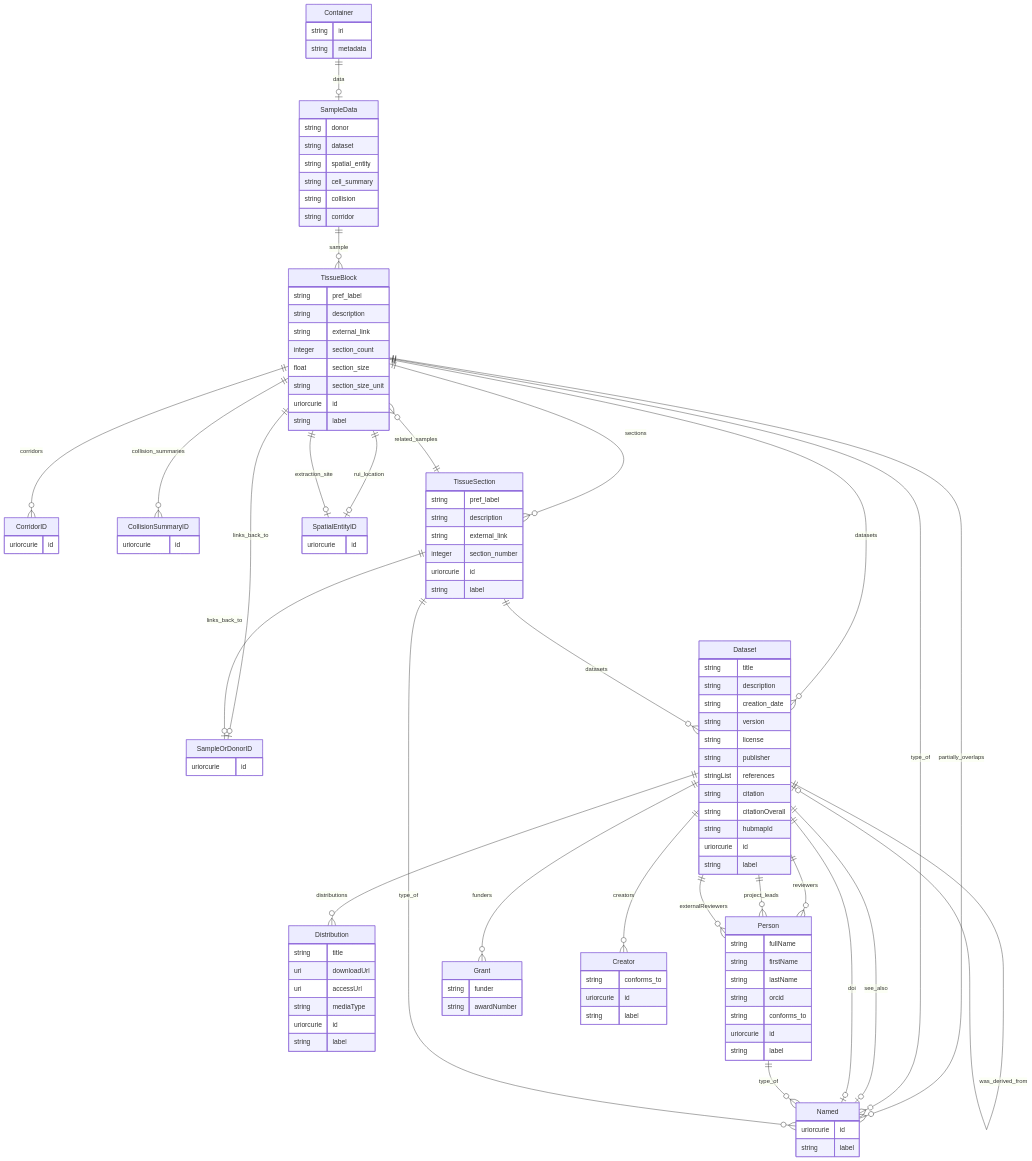
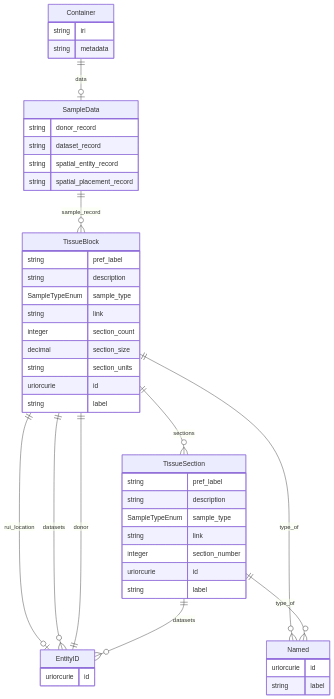
One commit to hubmapconsortium/hra-do-processor changed diagram 16 of 20 in er-diagrams.md. Above: the diagram before and after it, drawn with Mermaid. The commit also changed other lines of this file and 82 other files, not shown here.

````diff
--- a/er-diagrams.md
+++ b/er-diagrams.md
@@ -1103,20 +1360,19 @@
     string metadata  
 }
 SampleData {
-    string donor  
-    string dataset  
-    string spatial_entity  
-    string cell_summary  
-    string collision  
-    string corridor  
+    string donor_record  
+    string dataset_record  
+    string spatial_entity_record  
+    string spatial_placement_record  
 }
 TissueBlock {
     string pref_label  
     string description  
-    string external_link  
+    SampleTypeEnum sample_type  
+    string link  
     integer section_count  
-    float section_size  
-    string section_size_unit  
+    decimal section_size  
+    string section_units  
     uriorcurie id  
     string label  
 }
@@ -1124,91 +1380,27 @@
     uriorcurie id  
     string label  
 }
-SampleOrDonorID {
+EntityID {
     uriorcurie id  
-}
-CorridorID {
-    uriorcurie id  
-}
-CollisionSummaryID {
-    uriorcurie id  
-}
-Dataset {
-    string title  
-    string description  
-    string creation_date  
-    string version  
-    string license  
-    string publisher  
-    stringList references  
-    string citation  
-    string citationOverall  
-    string hubmapId  
-    uriorcurie id  
-    string label  
-}
-Distribution {
-    string title  
-    uri downloadUrl  
-    uri accessUrl  
-    string mediaType  
-    uriorcurie id  
-    string label  
-}
-Person {
-    string fullName  
-    string firstName  
-    string lastName  
-    string orcid  
-    string conforms_to  
-    uriorcurie id  
-    string label  
-}
-Grant {
-    string funder  
-    string awardNumber  
-}
-Creator {
-    string conforms_to  
-    uriorcurie id  
-    string label  
 }
 TissueSection {
     string pref_label  
     string description  
-    string external_link  
+    SampleTypeEnum sample_type  
+    string link  
     integer section_number  
     uriorcurie id  
     string label  
 }
-SpatialEntityID {
-    uriorcurie id  
-}
 
 Container ||--|o SampleData : "data"
-SampleData ||--}o TissueBlock : "sample"
-TissueBlock ||--}o Named : "partially_overlaps"
-TissueBlock ||--|o SpatialEntityID : "rui_location"
-TissueBlock ||--|o SpatialEntityID : "extraction_site"
+SampleData ||--}o TissueBlock : "sample_record"
+TissueBlock ||--|o EntityID : "rui_location"
 TissueBlock ||--}o TissueSection : "sections"
-TissueBlock ||--}o Dataset : "datasets"
-TissueBlock ||--}o CollisionSummaryID : "collision_summaries"
-TissueBlock ||--}o CorridorID : "corridors"
-TissueBlock ||--|o SampleOrDonorID : "links_back_to"
+TissueBlock ||--}o EntityID : "datasets"
+TissueBlock ||--|| EntityID : "donor"
 TissueBlock ||--}o Named : "type_of"
-Dataset ||--}o Creator : "creators"
-Dataset ||--}o Person : "reviewers"
-Dataset ||--|o Named : "see_also"
-Dataset ||--}o Grant : "funders"
-Dataset ||--|o Named : "doi"
-Dataset ||--}o Person : "project_leads"
-Dataset ||--}o Person : "externalReviewers"
-Dataset ||--}o Distribution : "distributions"
-Dataset ||--|o Dataset : "was_derived_from"
-Person ||--}o Named : "type_of"
-TissueSection ||--}o TissueBlock : "related_samples"
-TissueSection ||--}o Dataset : "datasets"
-TissueSection ||--|o SampleOrDonorID : "links_back_to"
+TissueSection ||--}o EntityID : "datasets"
 TissueSection ||--}o Named : "type_of"
 
 ```
````
